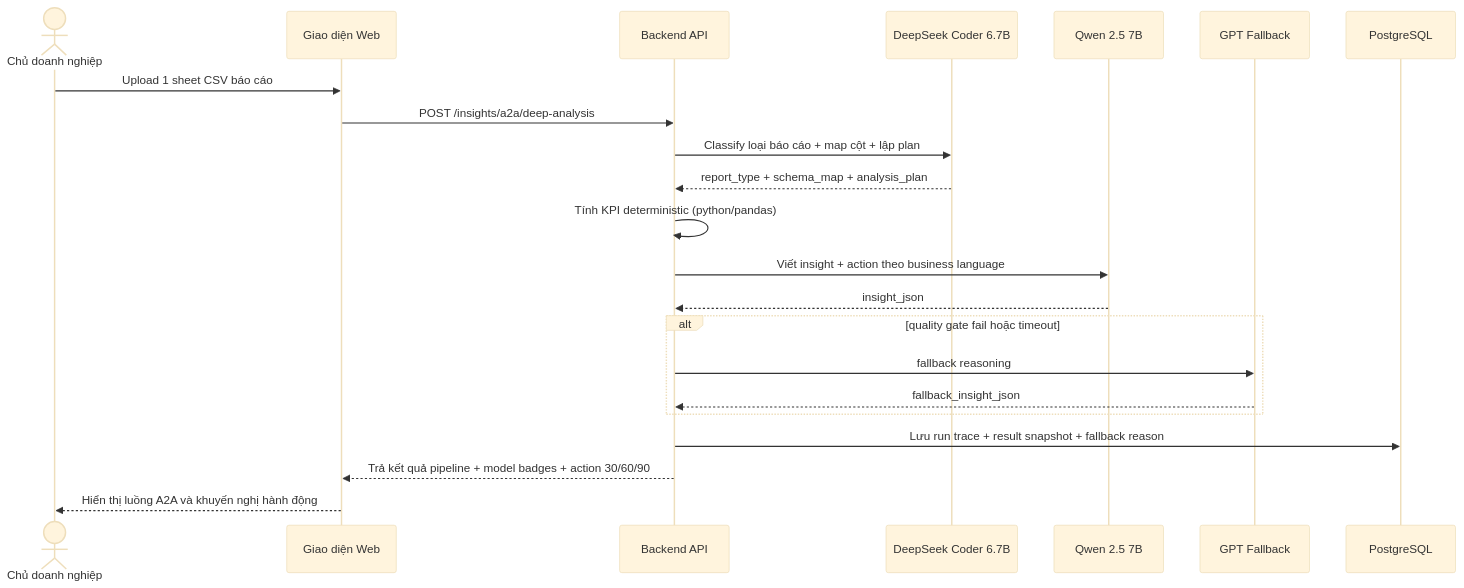
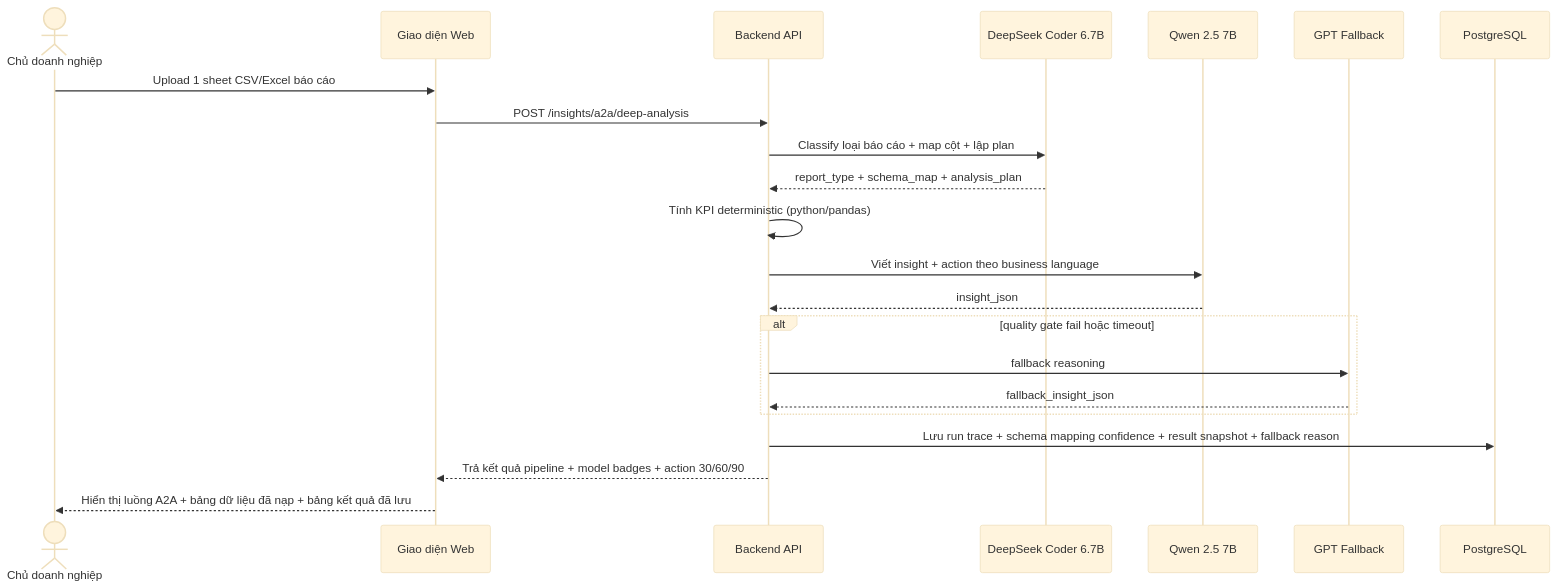
One commit to medu1122/cap2 changed the ninth of 9 diagrams in docs/final/02-architecture/sequence-diagrams.md. Above: the diagram before and after it, drawn with Mermaid (base theme). The commit also changed other lines of this file and 15 other files, not shown here.

````diff
--- a/docs/final/02-architecture/sequence-diagrams.md
+++ b/docs/final/02-architecture/sequence-diagrams.md
@@ -390,25 +390,25 @@
 ```mermaid
 sequenceDiagram
     actor Owner as Chủ doanh nghiệp
     participant Web as Giao diện Web
     participant API as Backend API
     participant DS as DeepSeek Coder 6.7B
     participant QW as Qwen 2.5 7B
     participant GPT as GPT Fallback
     participant DB as PostgreSQL
 
-    Owner->>Web: Upload 1 sheet CSV báo cáo
+    Owner->>Web: Upload 1 sheet CSV/Excel báo cáo
     Web->>API: POST /insights/a2a/deep-analysis
     API->>DS: Classify loại báo cáo + map cột + lập plan
     DS-->>API: report_type + schema_map + analysis_plan
     API->>API: Tính KPI deterministic (python/pandas)
     API->>QW: Viết insight + action theo business language
     QW-->>API: insight_json
     alt quality gate fail hoặc timeout
         API->>GPT: fallback reasoning
         GPT-->>API: fallback_insight_json
     end
-    API->>DB: Lưu run trace + result snapshot + fallback reason
+    API->>DB: Lưu run trace + schema mapping confidence + result snapshot + fallback reason
     API-->>Web: Trả kết quả pipeline + model badges + action 30/60/90
-    Web-->>Owner: Hiển thị luồng A2A và khuyến nghị hành động
+    Web-->>Owner: Hiển thị luồng A2A + bảng dữ liệu đã nạp + bảng kết quả đã lưu
 ```
````
